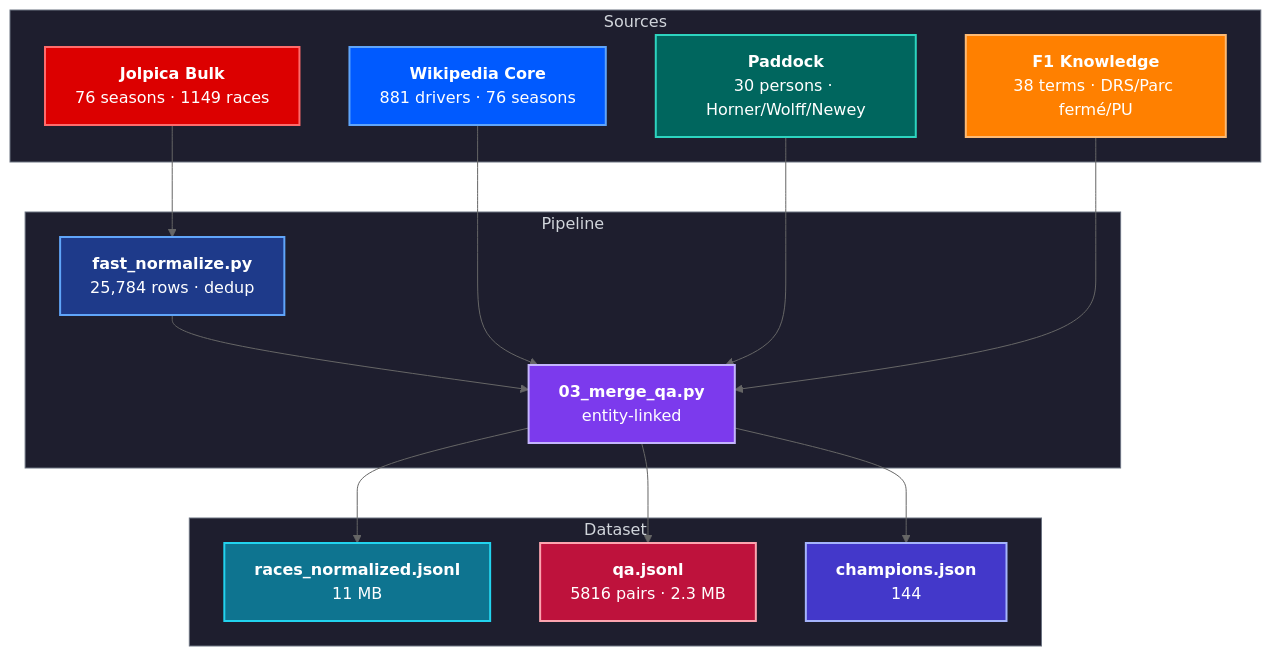
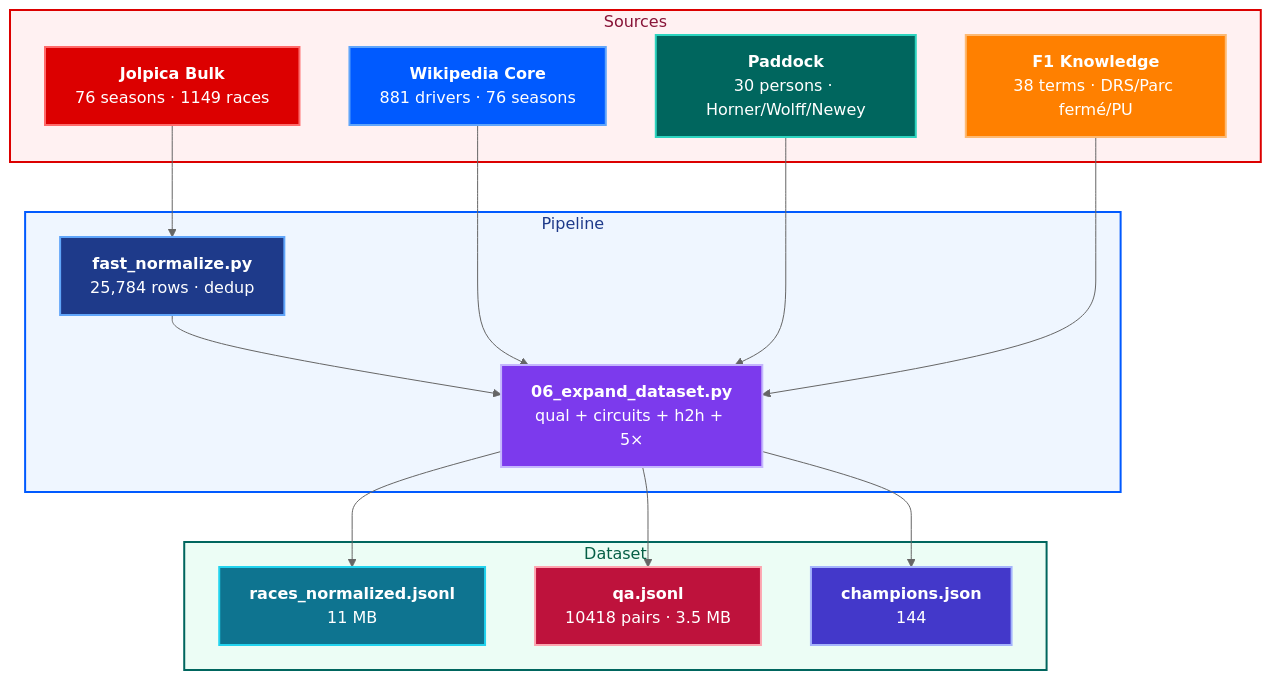
The diagram in README.md (VineshF1/F1-Dataset), drawn with Mermaid (neutral theme) before and after one commit. The commit also changed other lines of this file and 6 other files, not shown here.

Commit message:
feat: 10k QA — qual, circuits, h2h, regs

````diff
--- a/README.md
+++ b/README.md
@@ -24,43 +24,43 @@
 ```mermaid
 flowchart TB
     subgraph SOURCES["Sources"]
         A["<b>Jolpica Bulk</b><br/>76 seasons · 1149 races"]
         B["<b>Wikipedia Core</b><br/>881 drivers · 76 seasons"]
         C["<b>Paddock</b><br/>30 persons · Horner/Wolff/Newey"]
         D["<b>F1 Knowledge</b><br/>38 terms · DRS/Parc fermé/PU"]
     end
 
     subgraph PIPELINE["Pipeline"]
         E["<b>fast_normalize.py</b><br/>25,784 rows · dedup"]
-        F["<b>03_merge_qa.py</b><br/>entity-linked"]
+        F["<b>06_expand_dataset.py</b><br/>qual + circuits + h2h + 5×"]
     end
 
     subgraph OUTPUT["Dataset"]
         G["<b>races_normalized.jsonl</b><br/>11 MB"]
-        H["<b>qa.jsonl</b><br/>5816 pairs · 2.3 MB"]
+        H["<b>qa.jsonl</b><br/>10418 pairs · 3.5 MB"]
         I["<b>champions.json</b><br/>144"]
     end
 
     A --> E
     E --> F
     B --> F
     C --> F
     D --> F
     F --> G
     F --> H
     F --> I
 
     style A fill:#DC0000,stroke:#FF6B6B,stroke-width:2px,color:#fff
     style B fill:#005AFF,stroke:#60A5FA,stroke-width:2px,color:#fff
     style C fill:#00665E,stroke:#2DD4BF,stroke-width:2px,color:#fff
     style D fill:#FF8000,stroke:#FDBA74,stroke-width:2px,color:#fff
     style E fill:#1E3A8A,stroke:#60A5FA,stroke-width:2px,color:#fff
     style F fill:#7C3AED,stroke:#C4B5FD,stroke-width:2px,color:#fff
     style G fill:#0E7490,stroke:#22D3EE,stroke-width:2px,color:#fff
     style H fill:#BE123C,stroke:#FDA4AF,stroke-width:2px,color:#fff
     style I fill:#4338CA,stroke:#A5B4FC,stroke-width:2px,color:#fff
 
-    style SOURCES fill:#1e1e2e,stroke:#6b7280,stroke-width:1px,color:#d1d5db
-    style PIPELINE fill:#1e1e2e,stroke:#6b7280,stroke-width:1px,color:#d1d5db
-    style OUTPUT fill:#1e1e2e,stroke:#6b7280,stroke-width:1px,color:#d1d5db
+    style SOURCES fill:#FFF1F2,stroke:#DC0000,stroke-width:2px,color:#881337
+    style PIPELINE fill:#EFF6FF,stroke:#005AFF,stroke-width:2px,color:#1e3a8a
+    style OUTPUT fill:#ECFDF5,stroke:#00665E,stroke-width:2px,color:#065f46
 ```
````
